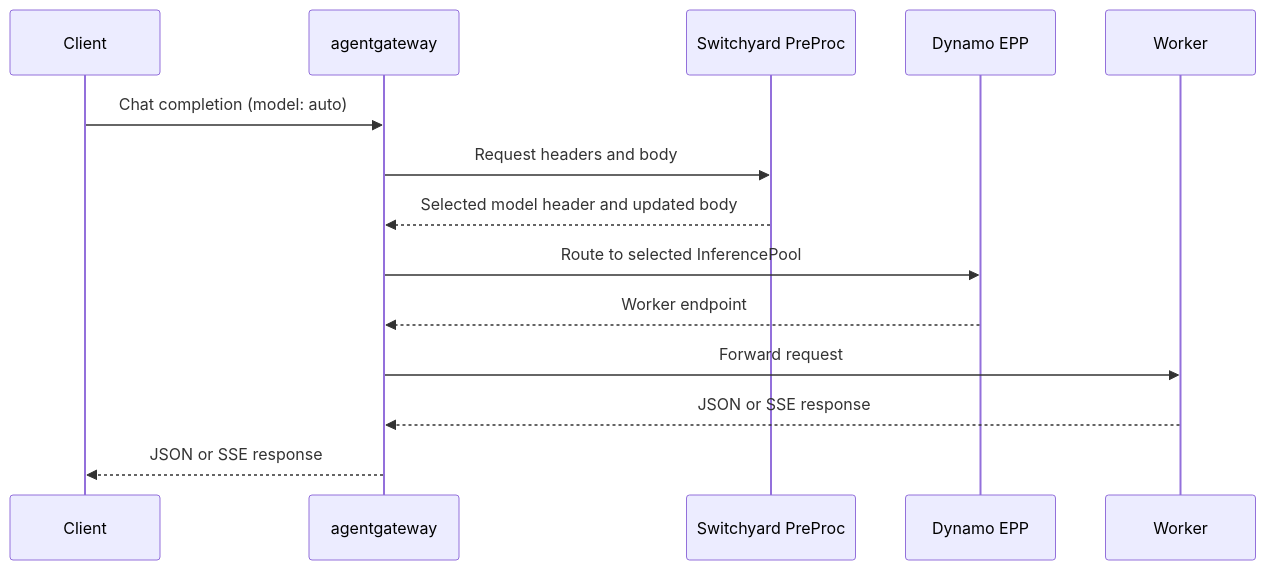
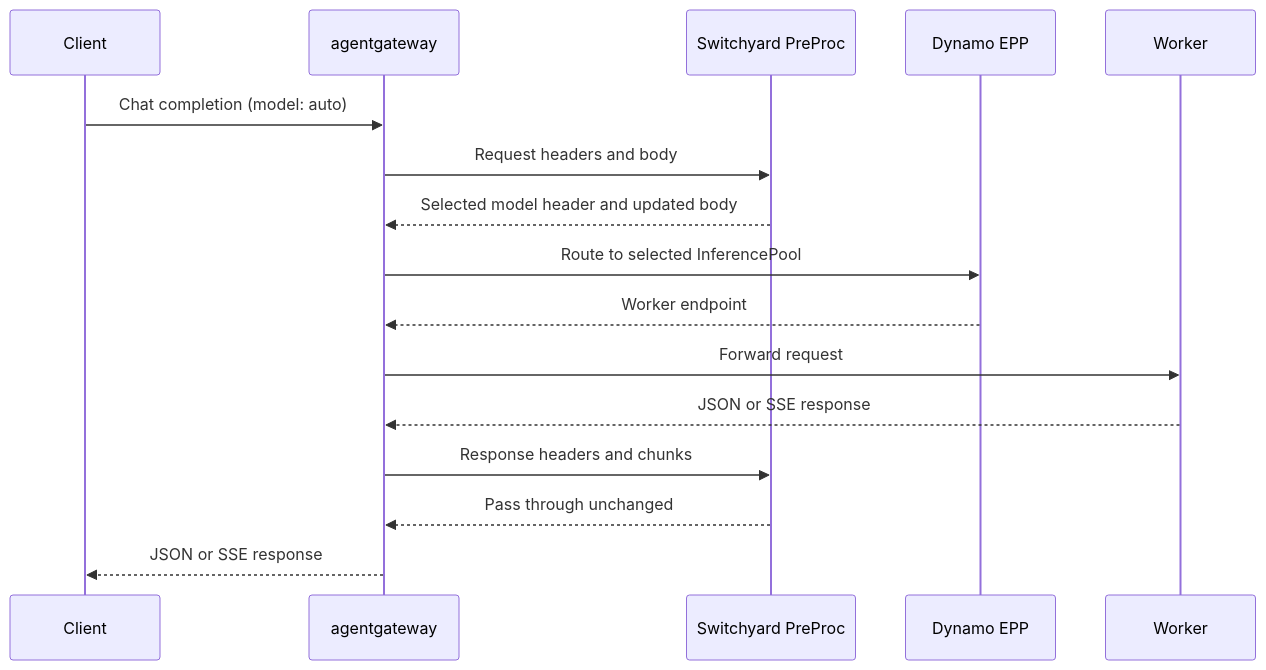
The diagram in examples/dynamo-preproc/README.md (NVIDIA-NeMo/Switchyard), drawn with Mermaid before and after one commit. The commit also changed other lines of this file and 5 other files, not shown here.

````diff
--- a/examples/dynamo-preproc/README.md
+++ b/examples/dynamo-preproc/README.md
@@ -12,16 +12,18 @@
 ```mermaid
 sequenceDiagram
     participant Client
     participant Gateway as agentgateway
     participant Proc as Switchyard PreProc
     participant EPP as Dynamo EPP
     participant Worker
     Client->>Gateway: Chat completion (model: auto)
     Gateway->>Proc: Request headers and body
     Proc-->>Gateway: Selected model header and updated body
     Gateway->>EPP: Route to selected InferencePool
     EPP-->>Gateway: Worker endpoint
     Gateway->>Worker: Forward request
     Worker-->>Gateway: JSON or SSE response
+    Gateway->>Proc: Response headers and chunks
+    Proc-->>Gateway: Pass through unchanged
     Gateway-->>Client: JSON or SSE response
 ```
````
